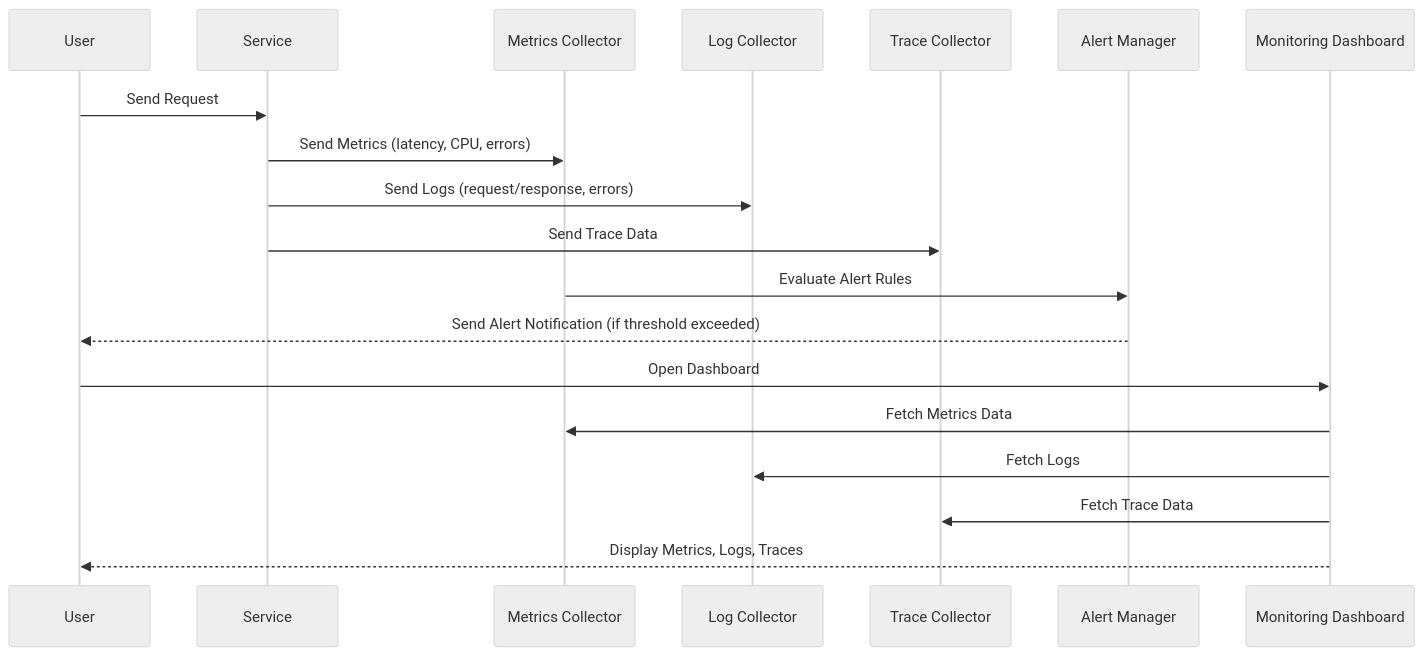
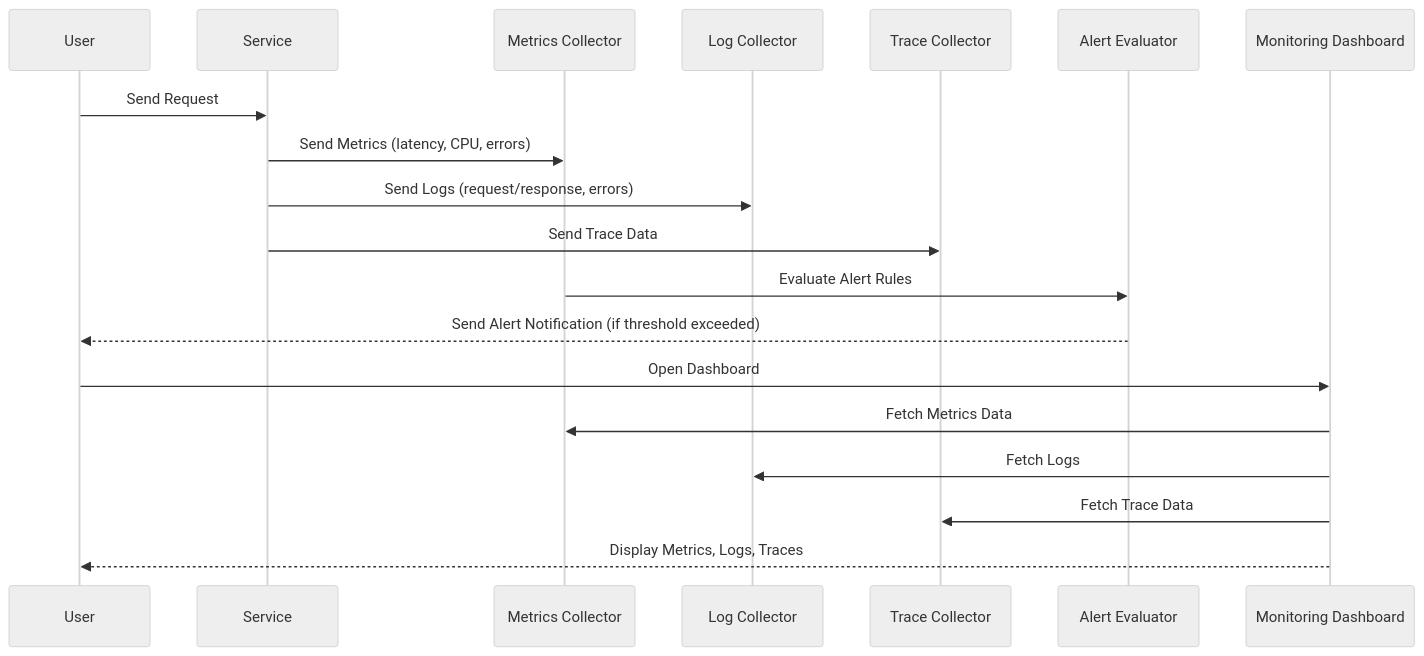
Before and after one commit to QUBITABHAY/Observatory: the diagram in sequenceDiagram.md, drawn with Mermaid (neutral theme). The commit also changed other lines of this file and 9 other files, not shown here.

````diff
--- a/sequenceDiagram.md
+++ b/sequenceDiagram.md
@@ -1,25 +1,25 @@
 ```mermaid
 sequenceDiagram
     participant User
     participant App as Service
     participant Metrics as Metrics Collector
     participant Logs as Log Collector
     participant Tracer as Trace Collector
-    participant Alert as Alert Manager
+    participant Alert as Alert Evaluator
     participant Dashboard as Monitoring Dashboard
 
     User->>App: Send Request
     App->>Metrics: Send Metrics (latency, CPU, errors)
     App->>Logs: Send Logs (request/response, errors)
     App->>Tracer: Send Trace Data
 
     Metrics->>Alert: Evaluate Alert Rules
     Alert-->>User: Send Alert Notification (if threshold exceeded)
 
     User->>Dashboard: Open Dashboard
     Dashboard->>Metrics: Fetch Metrics Data
     Dashboard->>Logs: Fetch Logs
     Dashboard->>Tracer: Fetch Trace Data
     Dashboard-->>User: Display Metrics, Logs, Traces
 
 ```
````
